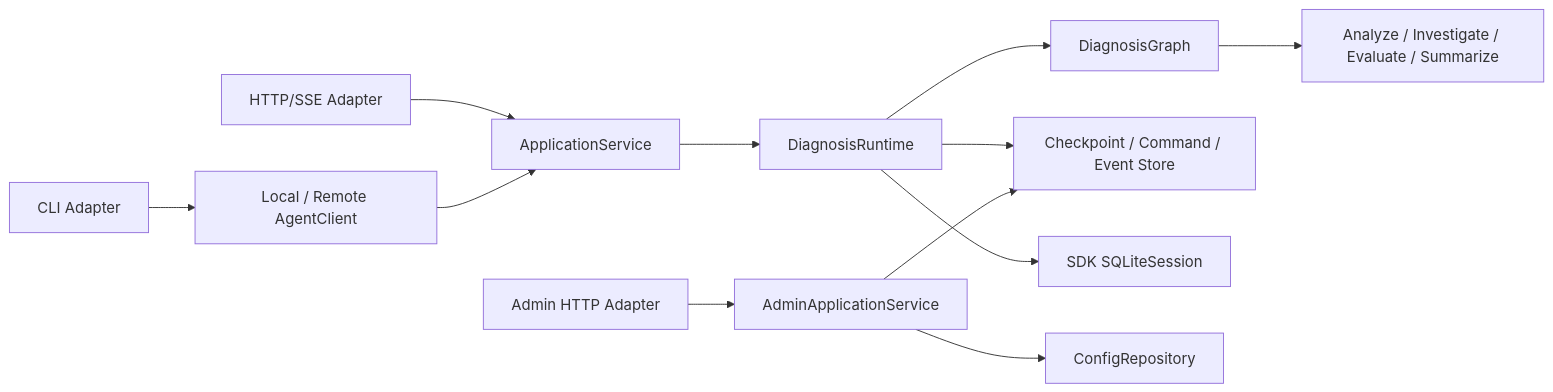
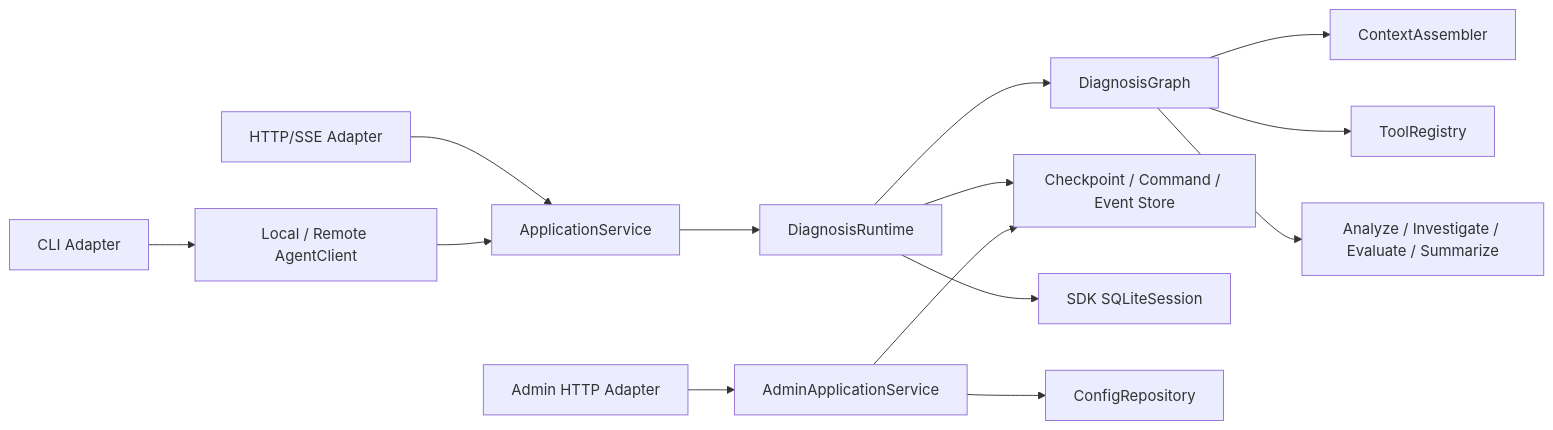
Before and after one commit to Dahaoge666/BugLens: the diagram in backend/docs/architecture.md, drawn with Mermaid. The commit also changed other lines of this file and 49 other files, not shown here.

Commit message:
feat: complete graph lifecycle recovery implementation

````diff
--- a/backend/docs/architecture.md
+++ b/backend/docs/architecture.md
@@ -7,14 +7,16 @@
 ```mermaid
 flowchart LR
     CLI[CLI Adapter] --> CLIENT[Local / Remote AgentClient]
     WEB[HTTP/SSE Adapter] --> APP[ApplicationService]
     CLIENT --> APP
     ADMIN[Admin HTTP Adapter] --> ADMINAPP[AdminApplicationService]
     APP --> RUNTIME[DiagnosisRuntime]
     RUNTIME --> GRAPH[DiagnosisGraph]
     RUNTIME --> STORE[Checkpoint / Command / Event Store]
     RUNTIME --> SESSION[SDK SQLiteSession]
     ADMINAPP --> CONFIG[ConfigRepository]
     ADMINAPP --> STORE
+    GRAPH --> CONTEXT[ContextAssembler]
+    GRAPH --> TOOLS[ToolRegistry]
     GRAPH --> NODES[Analyze / Investigate / Evaluate / Summarize]
 ```
````
